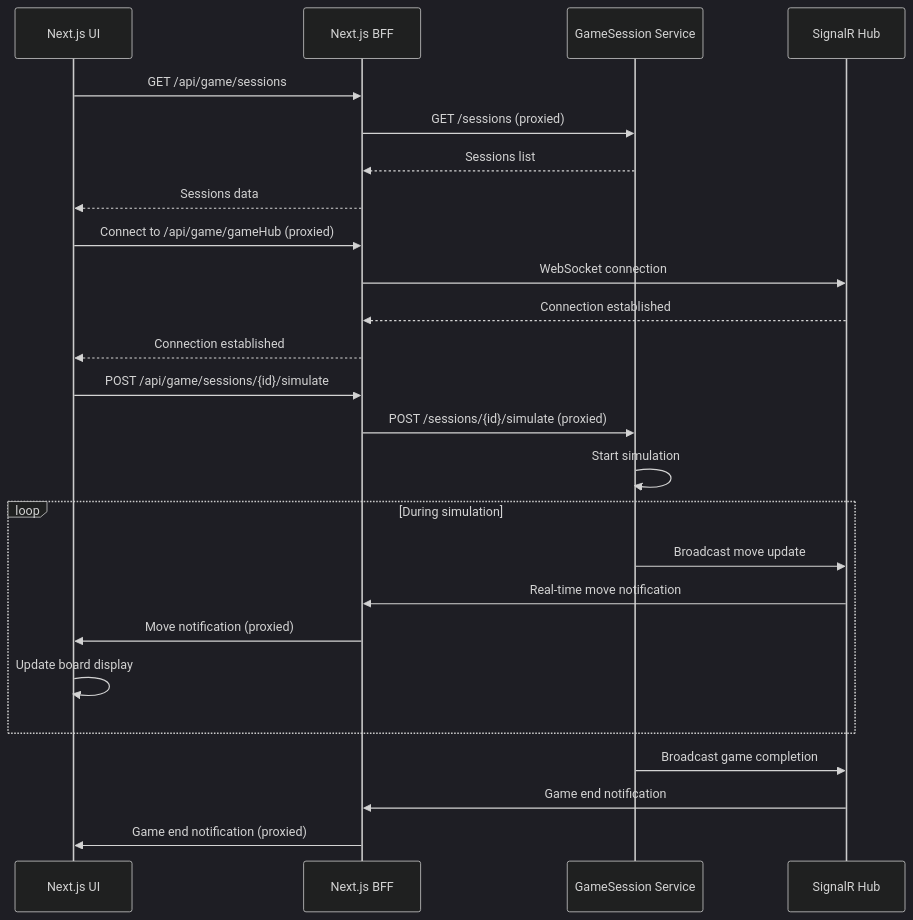
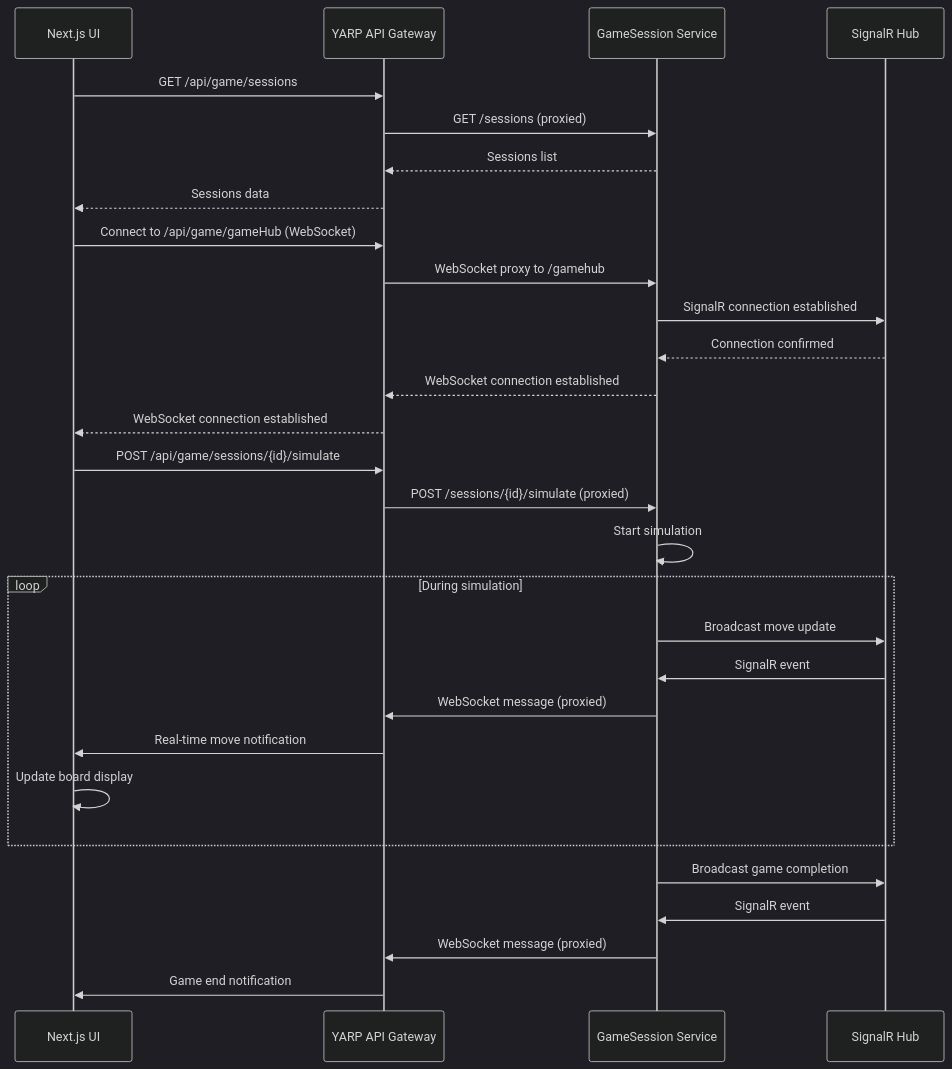
The third of 4 diagrams in README.md (dmitrycx/TicTacToe), drawn with Mermaid (dark theme) before and after one commit. The commit also changed other lines of this file and 17 other files, not shown here.

First line of the commit message:
feat: Implement YARP API Gateway and align .NET SDK version

````diff
--- a/README.md
+++ b/README.md
@@ -92,32 +94,36 @@
 ```mermaid
 sequenceDiagram
     participant UI as Next.js UI
-    participant BFF as Next.js BFF
+    participant YARP as YARP API Gateway
     participant GS as GameSession Service
     participant SR as SignalR Hub
     
-    UI->>BFF: GET /api/game/sessions
-    BFF->>GS: GET /sessions (proxied)
-    GS-->>BFF: Sessions list
-    BFF-->>UI: Sessions data
+    UI->>YARP: GET /api/game/sessions
+    YARP->>GS: GET /sessions (proxied)
+    GS-->>YARP: Sessions list
+    YARP-->>UI: Sessions data
     
-    UI->>BFF: Connect to /api/game/gameHub (proxied)
-    BFF->>SR: WebSocket connection
-    SR-->>BFF: Connection established
-    BFF-->>UI: Connection established
+    UI->>YARP: Connect to /api/game/gameHub (WebSocket)
+    YARP->>GS: WebSocket proxy to /gamehub
+    GS->>SR: SignalR connection established
+    SR-->>GS: Connection confirmed
+    GS-->>YARP: WebSocket connection established
+    YARP-->>UI: WebSocket connection established
     
-    UI->>BFF: POST /api/game/sessions/{id}/simulate
-    BFF->>GS: POST /sessions/{id}/simulate (proxied)
+    UI->>YARP: POST /api/game/sessions/{id}/simulate
+    YARP->>GS: POST /sessions/{id}/simulate (proxied)
     GS->>GS: Start simulation
     
     loop During simulation
         GS->>SR: Broadcast move update
-        SR->>BFF: Real-time move notification
-        BFF->>UI: Move notification (proxied)
+        SR->>GS: SignalR event
+        GS->>YARP: WebSocket message (proxied)
+        YARP->>UI: Real-time move notification
         UI->>UI: Update board display
     end
     
     GS->>SR: Broadcast game completion
-    SR->>BFF: Game end notification
-    BFF->>UI: Game end notification (proxied)
+    SR->>GS: SignalR event
+    GS->>YARP: WebSocket message (proxied)
+    YARP->>UI: Game end notification
 ```
````
